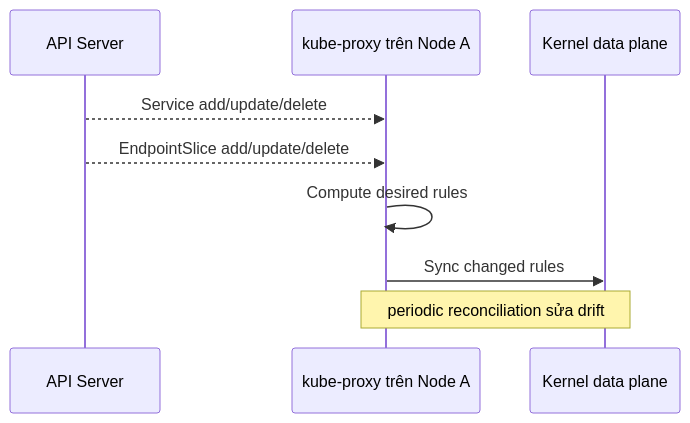
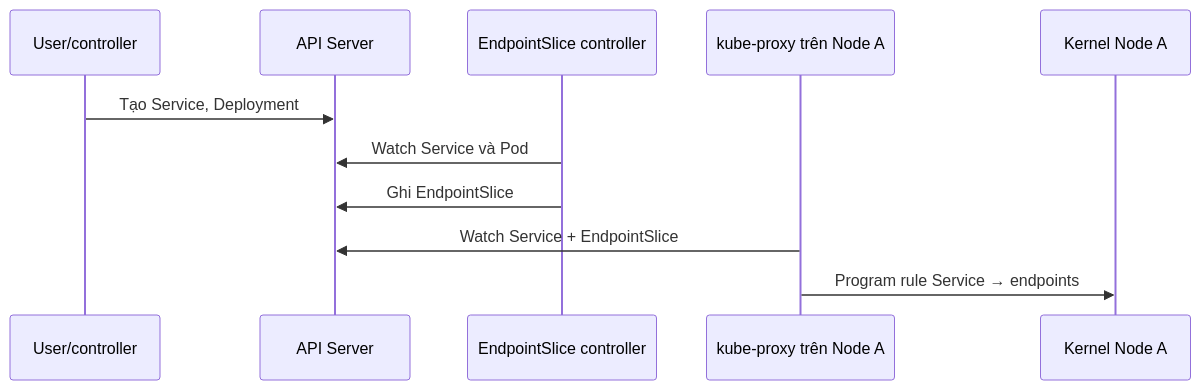
One commit to vanhiep99w/k8s-learn changed the second of 4 diagrams in content/docs/networking/kube-proxy.md. Above: the diagram before and after it, drawn with Mermaid. The commit also changed other lines of this file and 1 other file, not shown here.

````diff
--- a/content/docs/networking/kube-proxy.md
+++ b/content/docs/networking/kube-proxy.md
@@ -67,11 +172,13 @@
 ```mermaid
 sequenceDiagram
+    participant U as User/controller
     participant A as API Server
+    participant E as EndpointSlice controller
     participant K as kube-proxy trên Node A
-    participant N as Kernel data plane
-    A-->>K: Service add/update/delete
-    A-->>K: EndpointSlice add/update/delete
-    K->>K: Compute desired rules
-    K->>N: Sync changed rules
-    Note over K,N: periodic reconciliation sửa drift
+    participant N as Kernel Node A
+    U->>A: Tạo Service, Deployment
+    E->>A: Watch Service và Pod
+    E->>A: Ghi EndpointSlice
+    K->>A: Watch Service + EndpointSlice
+    K->>N: Program rule Service → endpoints
 ```
````
